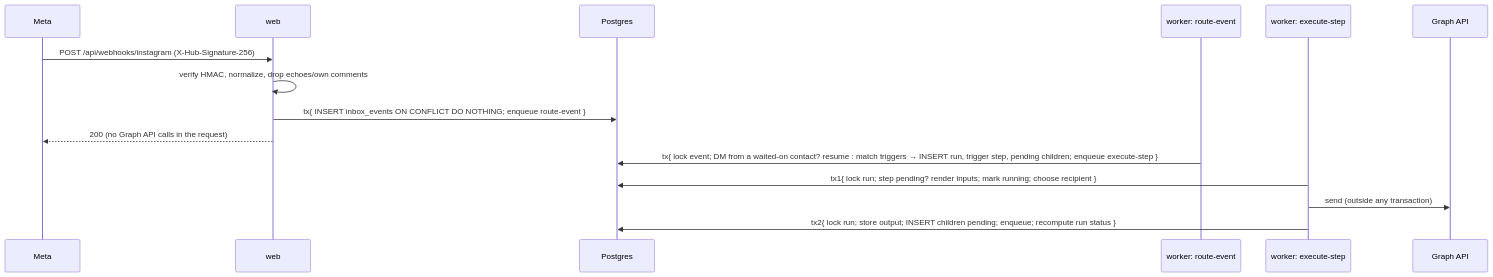
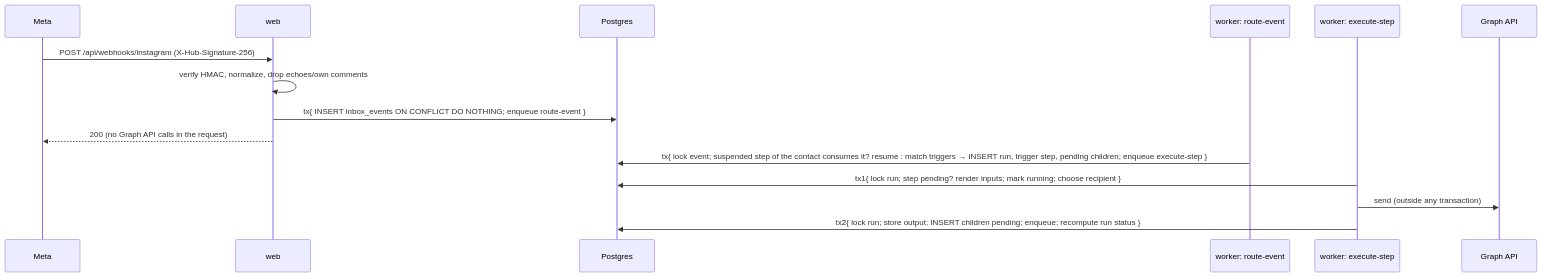
The third of 3 diagrams in docs/architecture.md (ArkadyBuryakov/blotato-tech-challenge), drawn with Mermaid before and after one commit. The commit also changed other lines of this file and 39 other files, not shown here.

````diff
--- a/docs/architecture.md
+++ b/docs/architecture.md
@@ -114,17 +127,17 @@
 ```mermaid
 sequenceDiagram
   participant M as Meta
   participant W as web
   participant DB as Postgres
   participant R as worker: route-event
   participant S as worker: execute-step
   participant IG as Graph API
   M->>W: POST /api/webhooks/instagram (X-Hub-Signature-256)
   W->>W: verify HMAC, normalize, drop echoes/own comments
   W->>DB: tx{ INSERT inbox_events ON CONFLICT DO NOTHING#59; enqueue route-event }
   W-->>M: 200 (no Graph API calls in the request)
-  R->>DB: tx{ lock event#59; DM from a waited-on contact? resume : match triggers → INSERT run, trigger step, pending children#59; enqueue execute-step }
+  R->>DB: tx{ lock event#59; suspended step of the contact consumes it? resume : match triggers → INSERT run, trigger step, pending children#59; enqueue execute-step }
   S->>DB: tx1{ lock run#59; step pending? render inputs#59; mark running#59; choose recipient }
   S->>IG: send (outside any transaction)
   S->>DB: tx2{ lock run#59; store output#59; INSERT children pending#59; enqueue#59; recompute run status }
 ```
````
